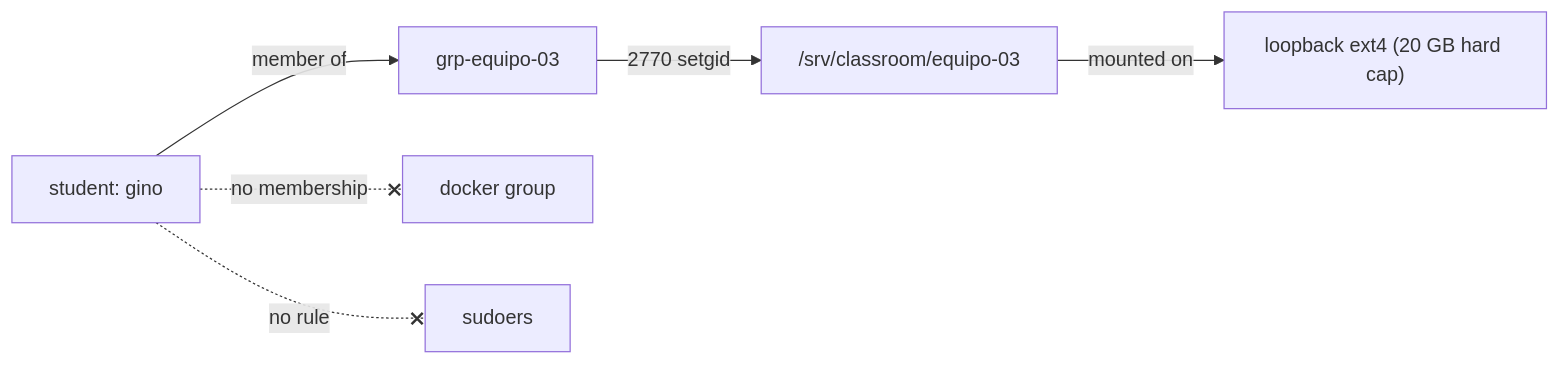
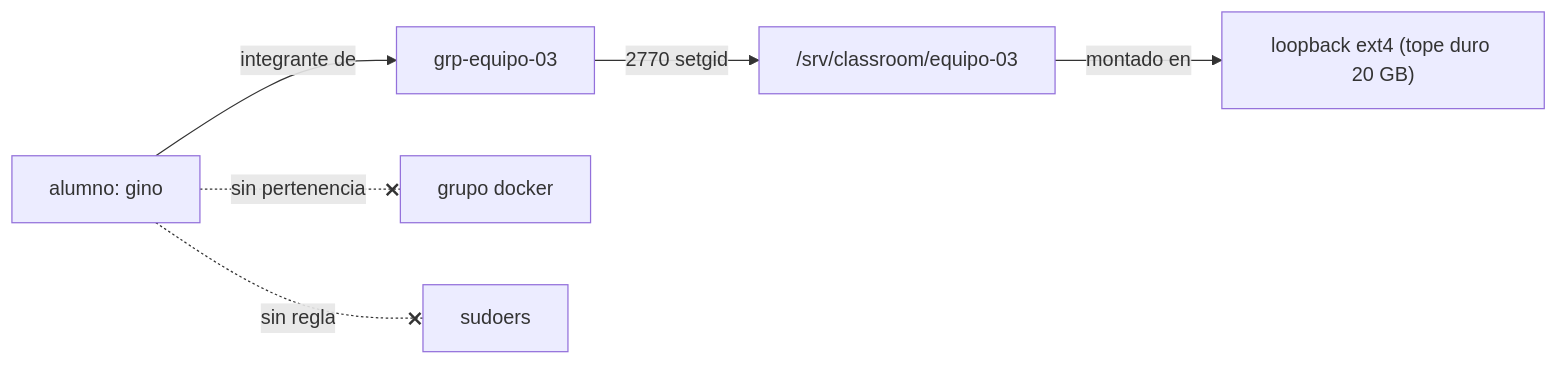
Before and after one commit to resourceldg/homelab: the second of 3 diagrams in docs/classroom-architecture.md, drawn with Mermaid. The commit also changed other lines of this file, not shown here.

````diff
--- a/docs/classroom-architecture.md
+++ b/docs/classroom-architecture.md
@@ -82,8 +86,8 @@
 ```mermaid
 flowchart LR
-  u[student: gino] -->|member of| g[grp-equipo-03]
+  u[alumno: gino] -->|integrante de| g[grp-equipo-03]
   g -->|2770 setgid| d["/srv/classroom/equipo-03"]
-  d -->|mounted on| lo["loopback ext4 (20 GB hard cap)"]
-  u -. no membership .-x docker[docker group]
-  u -. no rule .-x sudo[sudoers]
+  d -->|montado en| lo["loopback ext4 (tope duro 20 GB)"]
+  u -. sin pertenencia .-x docker[grupo docker]
+  u -. sin regla .-x sudo[sudoers]
 ```
````
